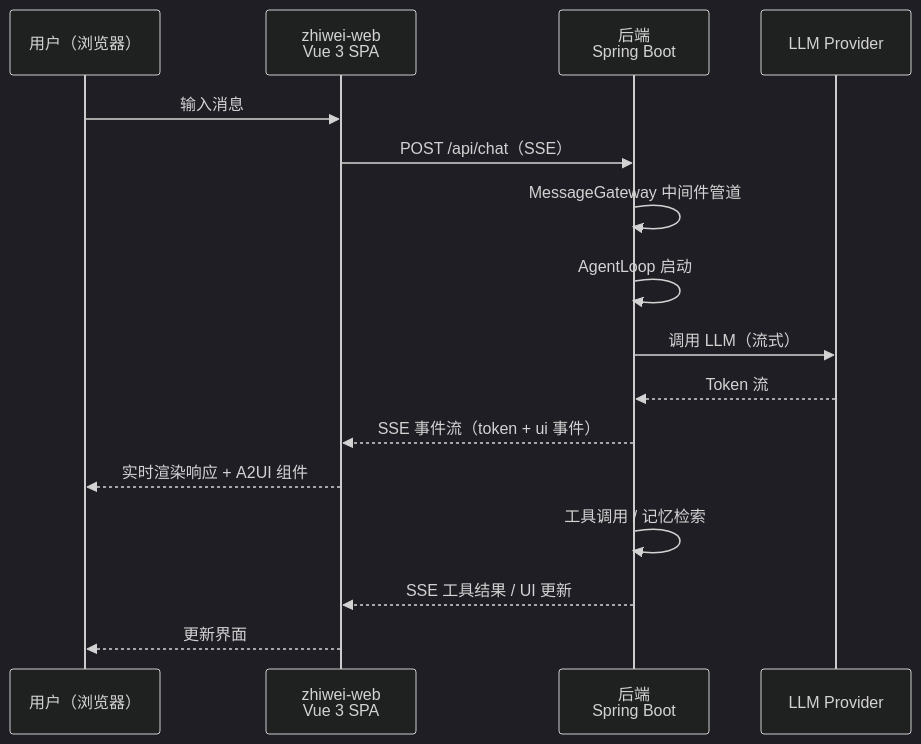
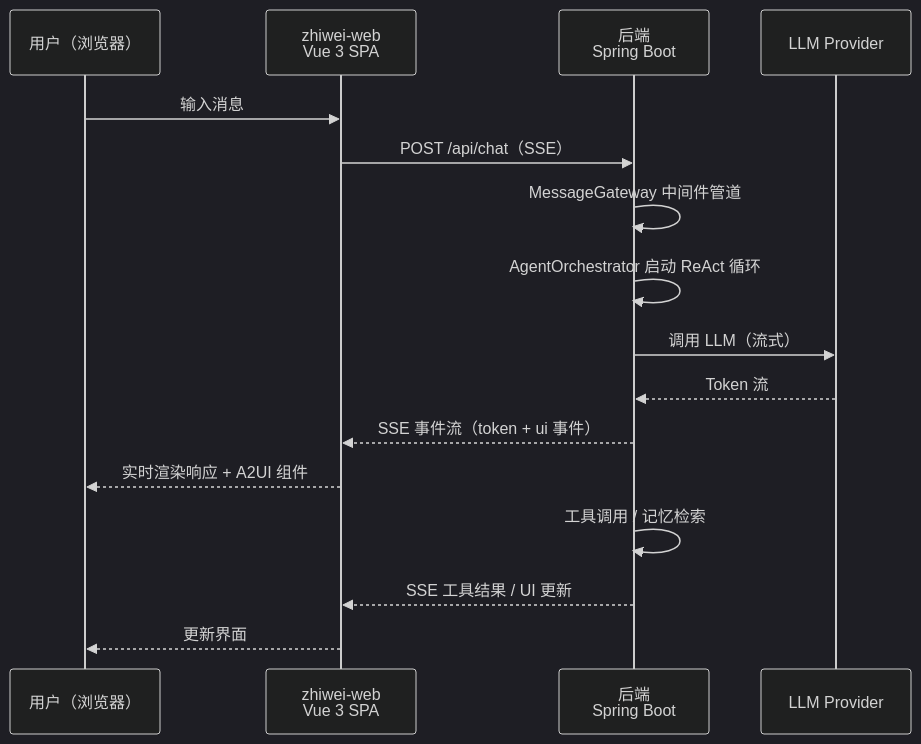
The second of 4 diagrams in docs/ARCHITECTURE.md (ntygod/LifePilot), drawn with Mermaid (dark theme) before and after one commit. The commit also changed other lines of this file and 14 other files, not shown here.

````diff
--- a/docs/ARCHITECTURE.md
+++ b/docs/ARCHITECTURE.md
@@ -157,19 +157,19 @@
 ```mermaid
 sequenceDiagram
     participant U as 用户（浏览器）
     participant F as zhiwei-web<br/>Vue 3 SPA
     participant B as 后端<br/>Spring Boot
     participant LLM as LLM Provider
 
     U->>F: 输入消息
     F->>B: POST /api/chat（SSE）
     B->>B: MessageGateway 中间件管道
-    B->>B: AgentLoop 启动
+    B->>B: AgentOrchestrator 启动 ReAct 循环
     B->>LLM: 调用 LLM（流式）
     LLM-->>B: Token 流
     B-->>F: SSE 事件流（token + ui 事件）
     F-->>U: 实时渲染响应 + A2UI 组件
     B->>B: 工具调用 / 记忆检索
     B-->>F: SSE 工具结果 / UI 更新
     F-->>U: 更新界面
 ```
````
